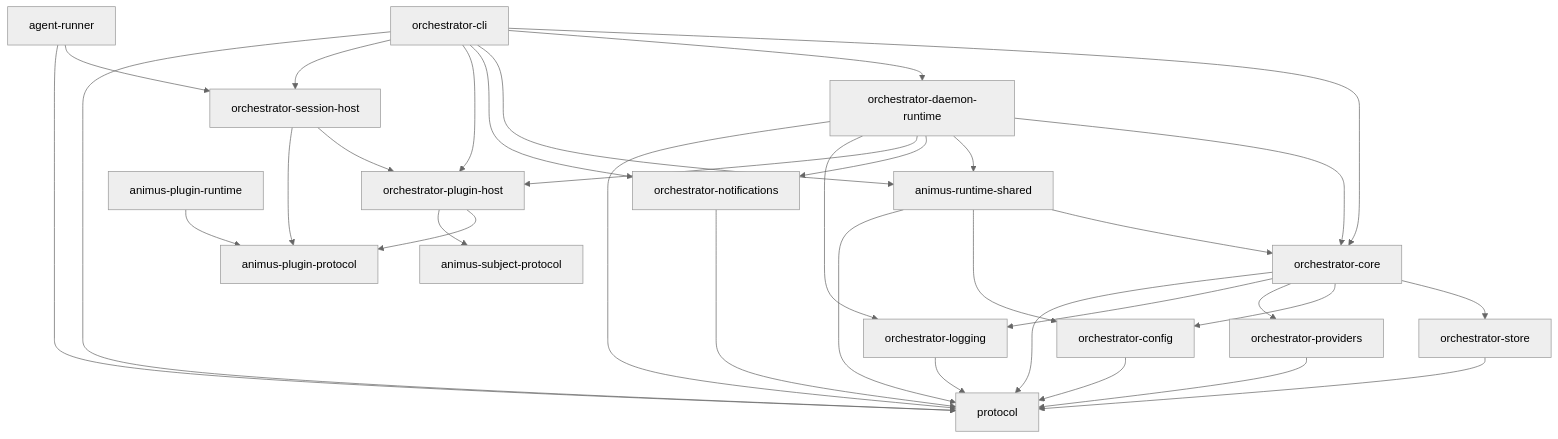
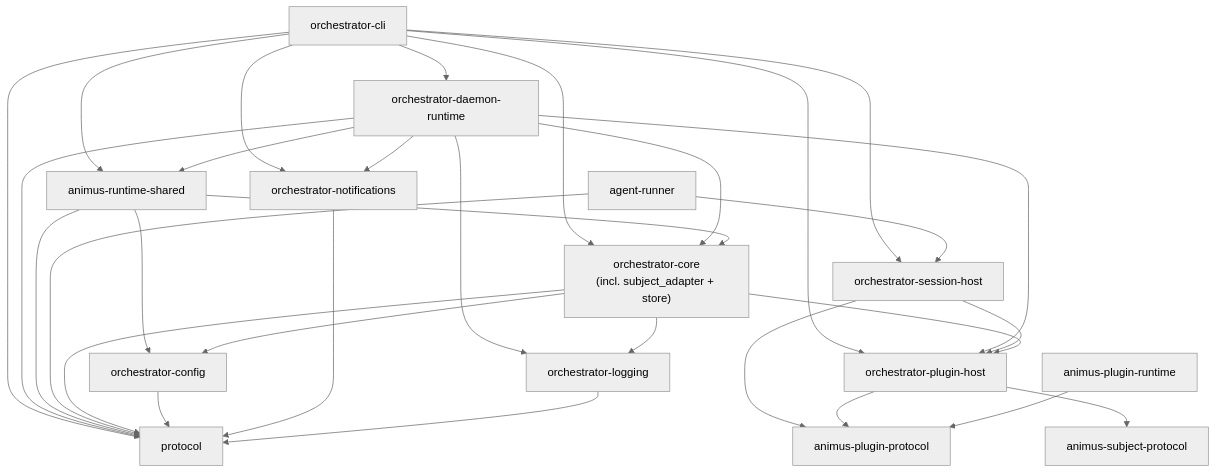
The diagram in docs/architecture/index.md (launchapp-dev/animus-cli), drawn with Mermaid (neutral theme) before and after one commit. The commit also changed other lines of this file and 36 other files, not shown here.

First line of the commit message:
v0.5.3 surface-shrink: fold orchestrator-providers and orchestrator-store into orchestrator-core

````diff
--- a/docs/architecture/index.md
+++ b/docs/architecture/index.md
@@ -23,61 +23,56 @@
 ```mermaid
 graph TD
     CLI[orchestrator-cli]
-    CORE[orchestrator-core]
+    CORE["orchestrator-core<br/>(incl. subject_adapter + store)"]
     PROTO[protocol]
-    STORE[orchestrator-store]
     CONFIG[orchestrator-config]
     DAEMON[orchestrator-daemon-runtime]
     WR[animus-runtime-shared]
     AR[agent-runner]
     SESSION[orchestrator-session-host]
     PLUGIN_HOST[orchestrator-plugin-host]
     PLUGIN_PROTO[animus-plugin-protocol]
     PLUGIN_RUNTIME[animus-plugin-runtime]
     SUBJECT_PROTO[animus-subject-protocol]
-    PROV[orchestrator-providers]
     NOTIF[orchestrator-notifications]
     LOG[orchestrator-logging]
 
     CLI --> CORE
     CLI --> DAEMON
     CLI --> WR
     CLI --> NOTIF
     CLI --> PLUGIN_HOST
     CLI --> SESSION
     CLI --> PROTO
 
     DAEMON --> CORE
     DAEMON --> WR
     DAEMON --> NOTIF
     DAEMON --> PLUGIN_HOST
     DAEMON --> LOG
     DAEMON --> PROTO
 
     WR --> CORE
     WR --> CONFIG
     WR --> PROTO
 
     AR --> SESSION
     AR --> PROTO
 
     SESSION --> PLUGIN_HOST
     SESSION --> PLUGIN_PROTO
 
     PLUGIN_HOST --> PLUGIN_PROTO
     PLUGIN_HOST --> SUBJECT_PROTO
 
-    CORE --> STORE
     CORE --> CONFIG
-    CORE --> PROV
     CORE --> LOG
+    CORE --> PLUGIN_HOST
     CORE --> PROTO
 
-    STORE --> PROTO
     CONFIG --> PROTO
-    PROV --> PROTO
     NOTIF --> PROTO
     LOG --> PROTO
 
     PLUGIN_RUNTIME --> PLUGIN_PROTO
 ```
````
